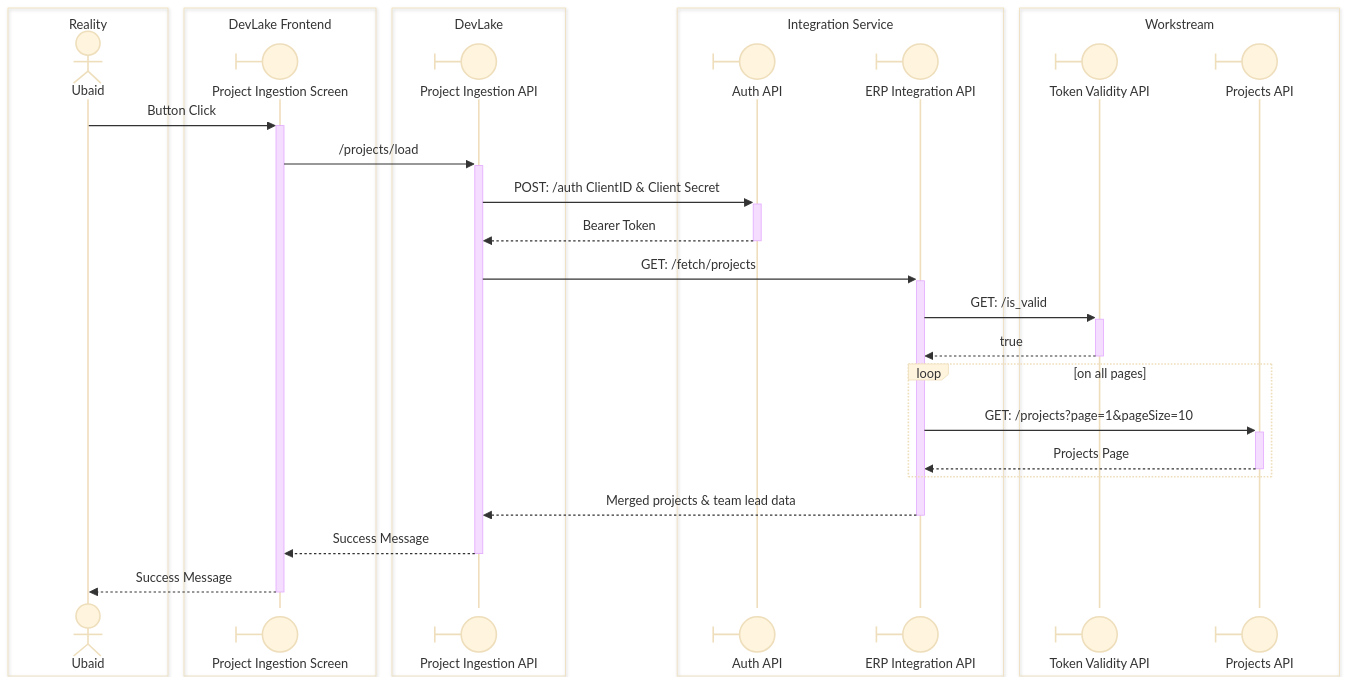
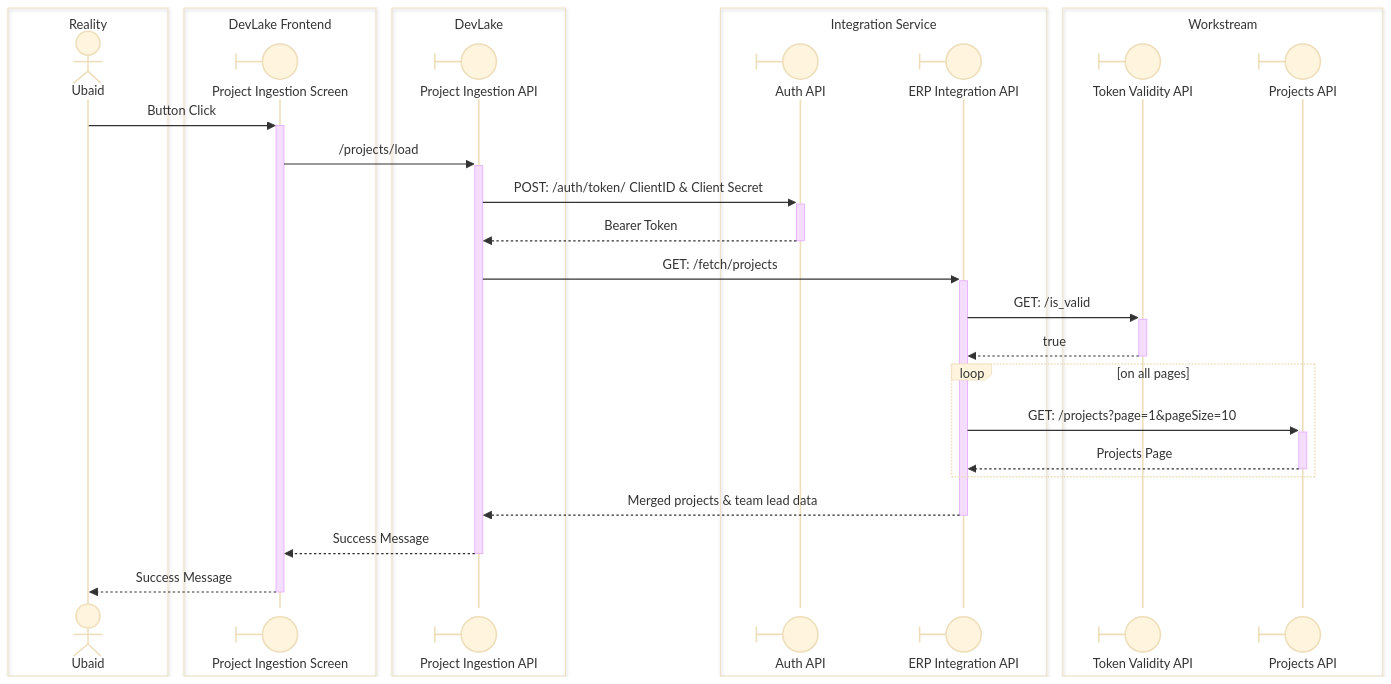
One commit to arbisoft/incubator-devlake changed the third of 7 diagrams in integration-service-architecture-plan.md. Above: the diagram before and after it, drawn with Mermaid (base theme). The commit also changed other lines of this file, not shown here.

First line of the commit message:
docs: add Sophia API contracts to integration service plan

````diff
--- a/integration-service-architecture-plan.md
+++ b/integration-service-architecture-plan.md
@@ -221,37 +310,37 @@
 ```mermaid
 sequenceDiagram
     box Reality
         actor Ubaid
     end
     box DevLake Frontend
         participant projectIngestion@{ "type": "boundary" } as Project Ingestion Screen
     end
     box DevLake
         participant projectIngestionApi@{ "type": "boundary" } as Project Ingestion API
     end
     box Integration Service
         participant authApi@{ "type": "boundary" } as Auth API
         participant erpIntegrationApi@{ "type": "boundary" } as ERP Integration API
     end
     box Workstream
         participant erp_token_validity_api@{ "type": "boundary" } as Token Validity API
         participant projectsApi@{ "type": "boundary" } as Projects API
     end
 
     Ubaid->>+projectIngestion: Button Click
     projectIngestion->>+projectIngestionApi: /projects/load
-    projectIngestionApi->>+authApi: POST: /auth ClientID & Client Secret
+    projectIngestionApi->>+authApi: POST: /auth/token/ ClientID & Client Secret
     authApi-->>-projectIngestionApi: Bearer Token
     projectIngestionApi->>+erpIntegrationApi: GET: /fetch/projects
     erpIntegrationApi->>+erp_token_validity_api: GET: /is_valid
     erp_token_validity_api-->>-erpIntegrationApi: true
 
     loop on all pages
         erpIntegrationApi->>+projectsApi: GET: /projects?page=1&pageSize=10
         projectsApi-->>-erpIntegrationApi: Projects Page
     end
 
     erpIntegrationApi-->>-projectIngestionApi: Merged projects & team lead data
     projectIngestionApi-->>-projectIngestion: Success Message
     projectIngestion-->>-Ubaid: Success Message
 ```
````
